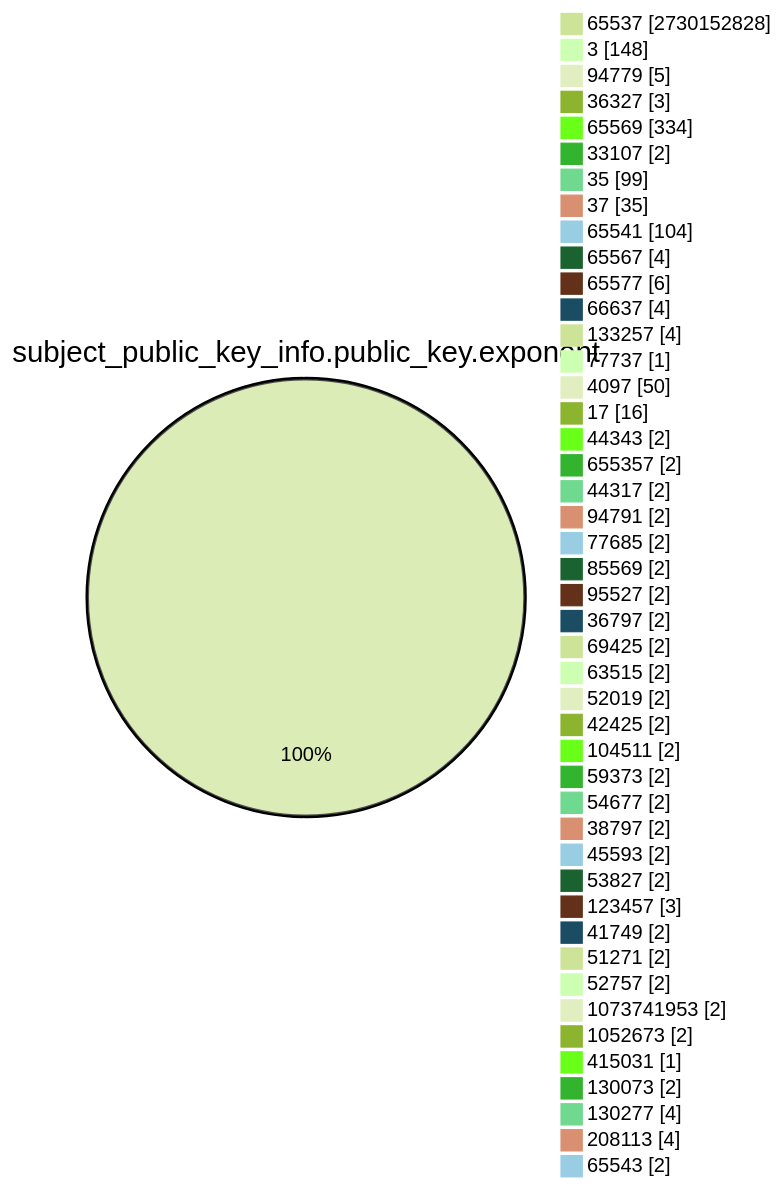
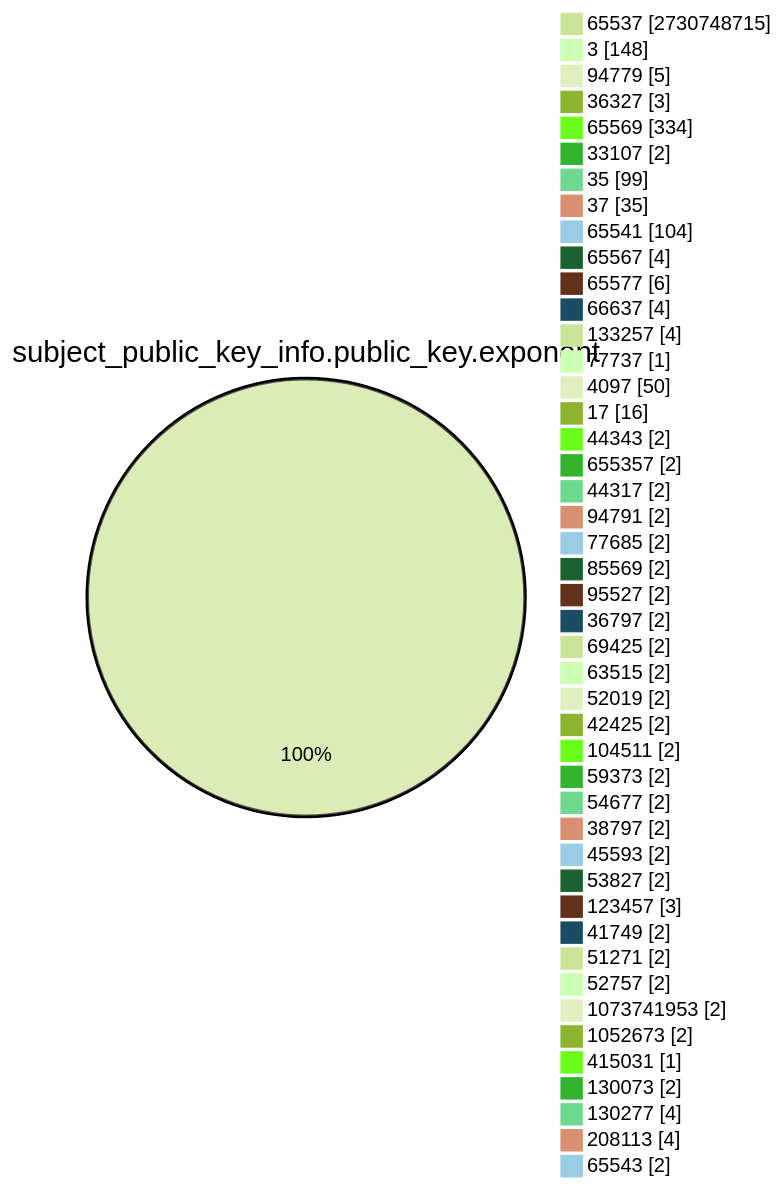
Before and after one commit to christiankrug/ctmonitor_visualization: the fourth of 15 diagrams in TOTAL/README.md, drawn with Mermaid (forest theme). The commit also changed other lines of this file, not shown here.

````diff
--- a/TOTAL/README.md
+++ b/TOTAL/README.md
@@ -1467,49 +1467,49 @@
 ```mermaid
 pie showData
 title subject_public_key_info.public_key.exponent
-"65537" :2730152828
+"65537" :2730748715
 "3" :148
 "94779" :5
 "36327" :3
 "65569" :334
 "33107" :2
 "35" :99
 "37" :35
 "65541" :104
 "65567" :4
 "65577" :6
 "66637" :4
 "133257" :4
 "77737" :1
 "4097" :50
 "17" :16
 "44343" :2
 "655357" :2
 "44317" :2
 "94791" :2
 "77685" :2
 "85569" :2
 "95527" :2
 "36797" :2
 "69425" :2
 "63515" :2
 "52019" :2
 "42425" :2
 "104511" :2
 "59373" :2
 "54677" :2
 "38797" :2
 "45593" :2
 "53827" :2
 "123457" :3
 "41749" :2
 "51271" :2
 "52757" :2
 "1073741953" :2
 "1052673" :2
 "415031" :1
 "130073" :2
 "130277" :4
 "208113" :4
 "65543" :2
 ```
````
